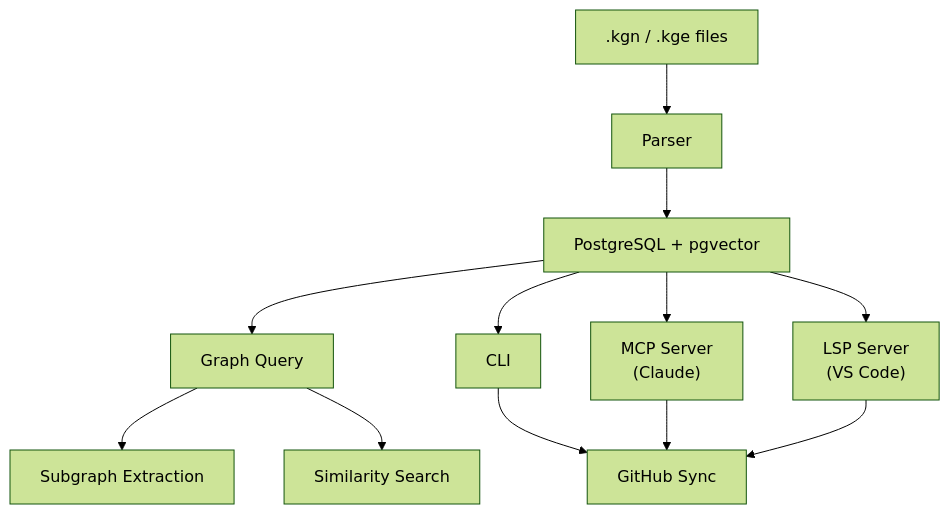
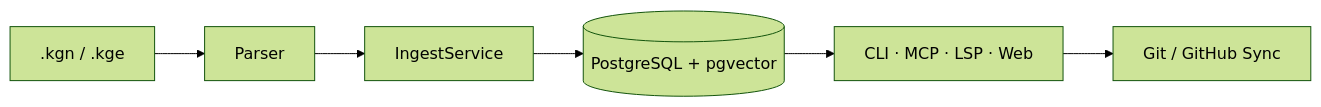
Before and after one commit to baobab00/baobab00: the diagram in README.md, drawn with Mermaid (forest theme). The commit also changed other lines of this file, not shown here.

Commit message:
feat: add architecture deep dive link to Featured Project

````diff
--- a/README.md
+++ b/README.md
@@ -51,14 +51,8 @@
 ```mermaid
-graph TD
-    A[".kgn / .kge files"] --> B["Parser"]
-    B --> C["PostgreSQL + pgvector"]
-    C --> D["Graph Query"]
-    D --> E["Subgraph Extraction"]
-    D --> F["Similarity Search"]
-    C --> G["CLI"]
-    C --> H["MCP Server<br/>(Claude)"]
-    C --> I["LSP Server<br/>(VS Code)"]
-    G --> J["GitHub Sync"]
-    H --> J
-    I --> J
+graph LR
+    A[".kgn / .kge"] --> B["Parser"]
+    B --> C["IngestService"]
+    C --> D[("PostgreSQL + pgvector")]
+    D --> E["CLI · MCP · LSP · Web"]
+    E --> F["Git / GitHub Sync"]
 ```
````
